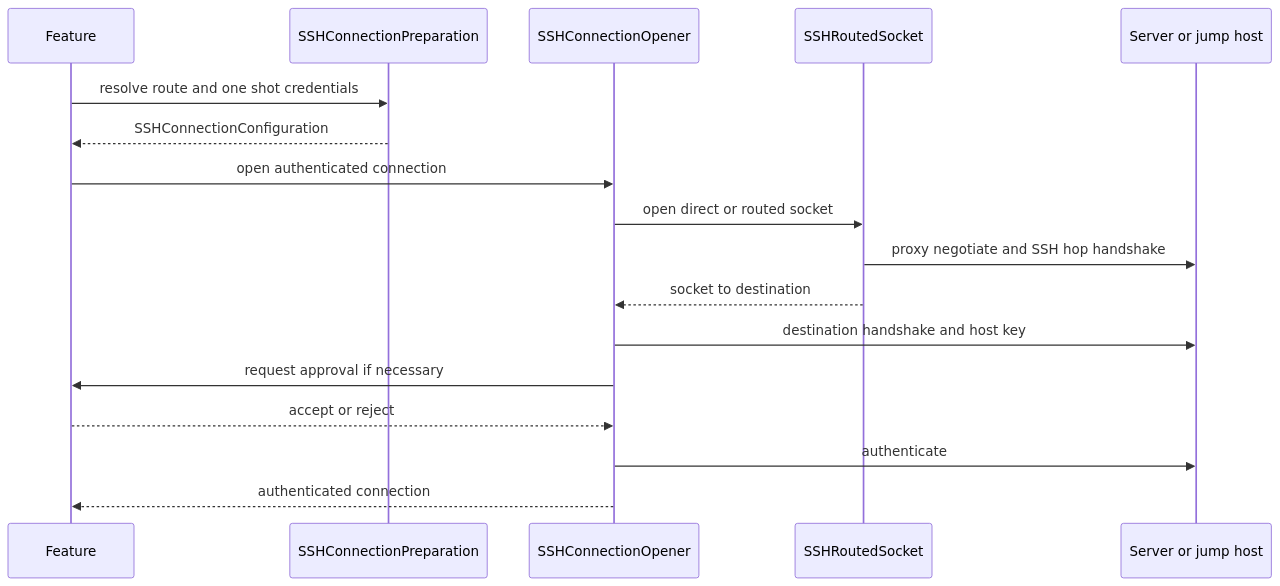
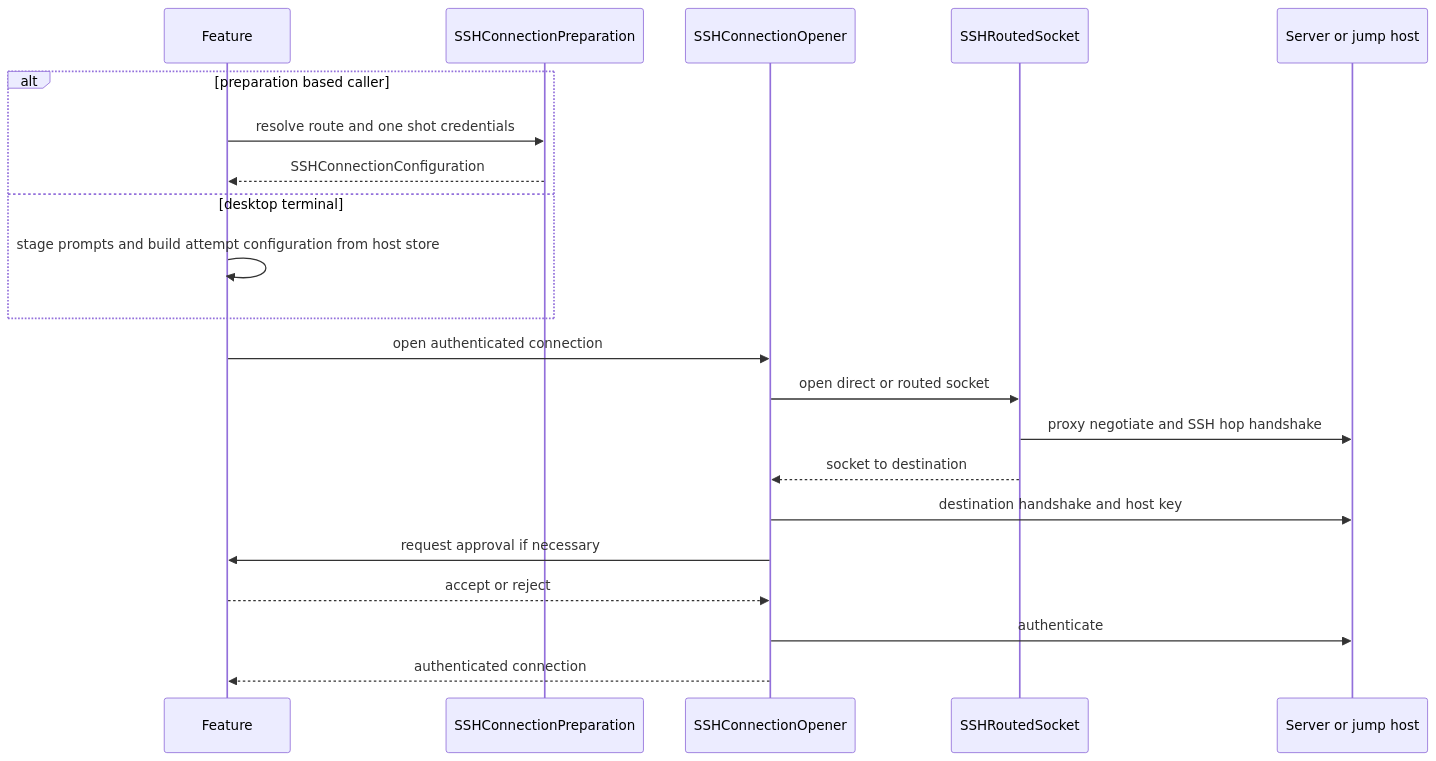
The first of 5 diagrams in openwiki/workflows/ssh-session-lifecycle.md (AkinoKaede/Termind), drawn with Mermaid before and after one commit. The commit also changed other lines of this file and 49 other files, not shown here.

````diff
--- a/openwiki/workflows/ssh-session-lifecycle.md
+++ b/openwiki/workflows/ssh-session-lifecycle.md
@@ -71,19 +77,23 @@
 ```mermaid
 sequenceDiagram
     participant Feature
     participant Prepare as SSHConnectionPreparation
     participant Opener as SSHConnectionOpener
     participant Route as SSHRoutedSocket
     participant Remote as Server or jump host
-    Feature->>Prepare: resolve route and one shot credentials
-    Prepare-->>Feature: SSHConnectionConfiguration
+    alt preparation based caller
+        Feature->>Prepare: resolve route and one shot credentials
+        Prepare-->>Feature: SSHConnectionConfiguration
+    else desktop terminal
+        Feature->>Feature: stage prompts and build attempt configuration from host store
+    end
     Feature->>Opener: open authenticated connection
     Opener->>Route: open direct or routed socket
     Route->>Remote: proxy negotiate and SSH hop handshake
     Route-->>Opener: socket to destination
     Opener->>Remote: destination handshake and host key
     Opener->>Feature: request approval if necessary
     Feature-->>Opener: accept or reject
     Opener->>Remote: authenticate
     Opener-->>Feature: authenticated connection
 ```
````
